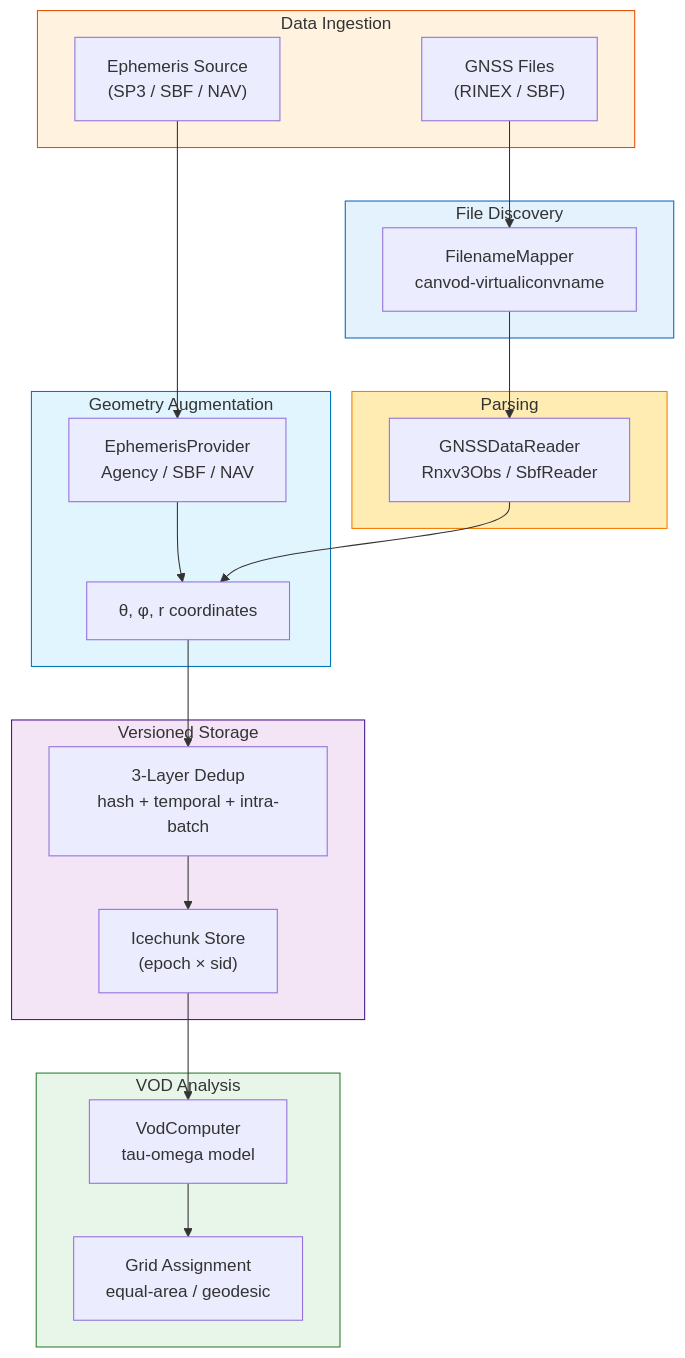
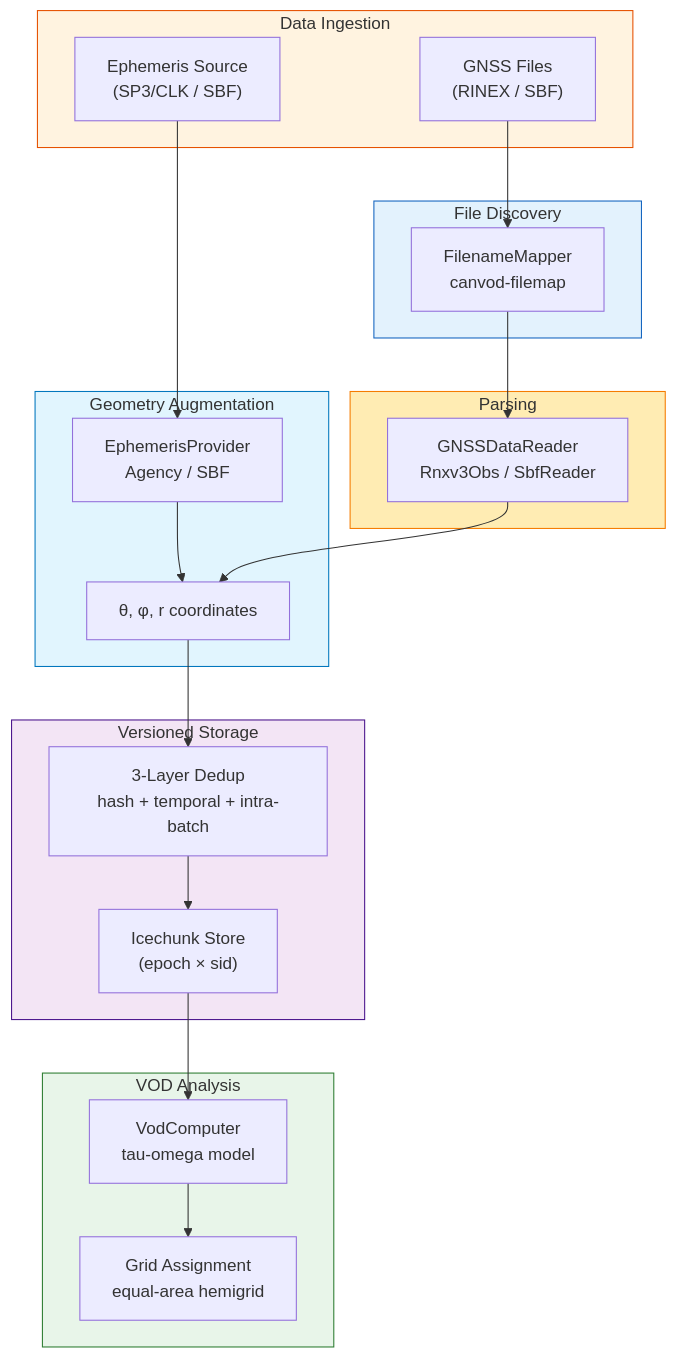
The second of 2 diagrams in docs/guides/api-levels.md (nfb2021/canvodpy), drawn with Mermaid before and after one commit. The commit also changed other lines of this file and 55 other files, not shown here.

First line of the commit message:
refactor: rename canvod-filemap (was canvod-virtualiconvname), unify config to canvod-settings.yaml

````diff
--- a/docs/guides/api-levels.md
+++ b/docs/guides/api-levels.md
@@ -253,43 +349,43 @@
 ```mermaid
 flowchart TD
     subgraph Input["Data Ingestion"]
         FILES["GNSS Files<br/>(RINEX / SBF)"]
-        EPHEM["Ephemeris Source<br/>(SP3 / SBF / NAV)"]
+        EPHEM["Ephemeris Source<br/>(SP3/CLK / SBF)"]
     end
 
     subgraph Discovery["File Discovery"]
-        FM["FilenameMapper<br/>canvod-virtualiconvname"]
+        FM["FilenameMapper<br/>canvod-filemap"]
     end
 
     subgraph Reading["Parsing"]
         READER["GNSSDataReader<br/>Rnxv3Obs / SbfReader"]
     end
 
     subgraph Augmentation["Geometry Augmentation"]
-        EP["EphemerisProvider<br/>Agency / SBF / NAV"]
+        EP["EphemerisProvider<br/>Agency / SBF"]
         SCS["θ, φ, r coordinates"]
     end
 
     subgraph Storage["Versioned Storage"]
         ICE["Icechunk Store<br/>(epoch × sid)"]
         DEDUP["3-Layer Dedup<br/>hash + temporal + intra-batch"]
     end
 
     subgraph Analysis["VOD Analysis"]
         VOD["VodComputer<br/>tau-omega model"]
-        GRID["Grid Assignment<br/>equal-area / geodesic"]
+        GRID["Grid Assignment<br/>equal-area hemigrid"]
     end
 
     FILES --> FM --> READER
     EPHEM --> EP --> SCS
     READER --> SCS
     SCS --> DEDUP --> ICE
     ICE --> VOD --> GRID
 
     style Input fill:#fff3e0,stroke:#e65100
     style Discovery fill:#e3f2fd,stroke:#1565c0
     style Reading fill:#ffecb3,stroke:#f57c00
     style Augmentation fill:#e1f5fe,stroke:#0277bd
     style Storage fill:#f3e5f5,stroke:#4a148c
     style Analysis fill:#e8f5e9,stroke:#2e7d32
 ```
````
